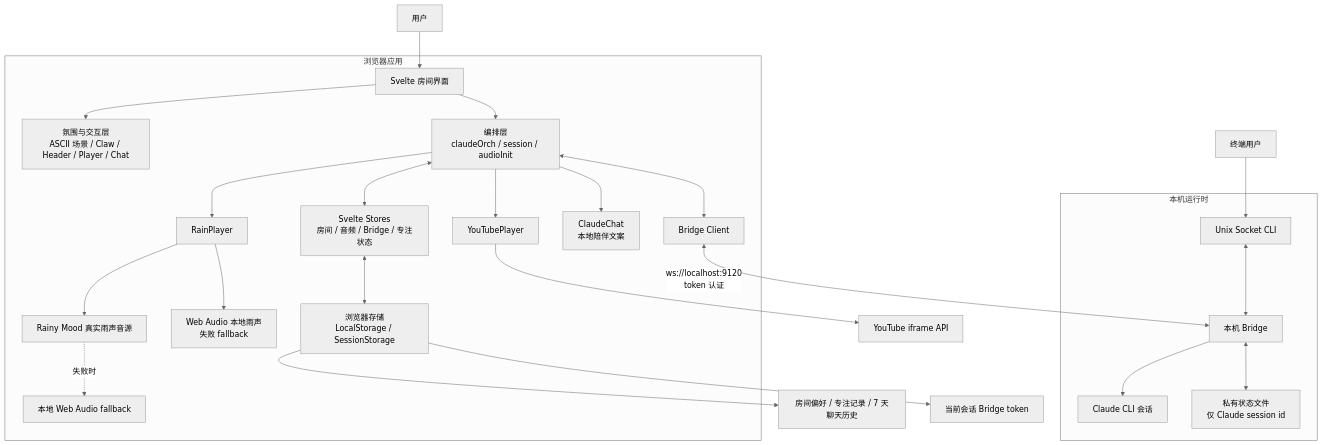
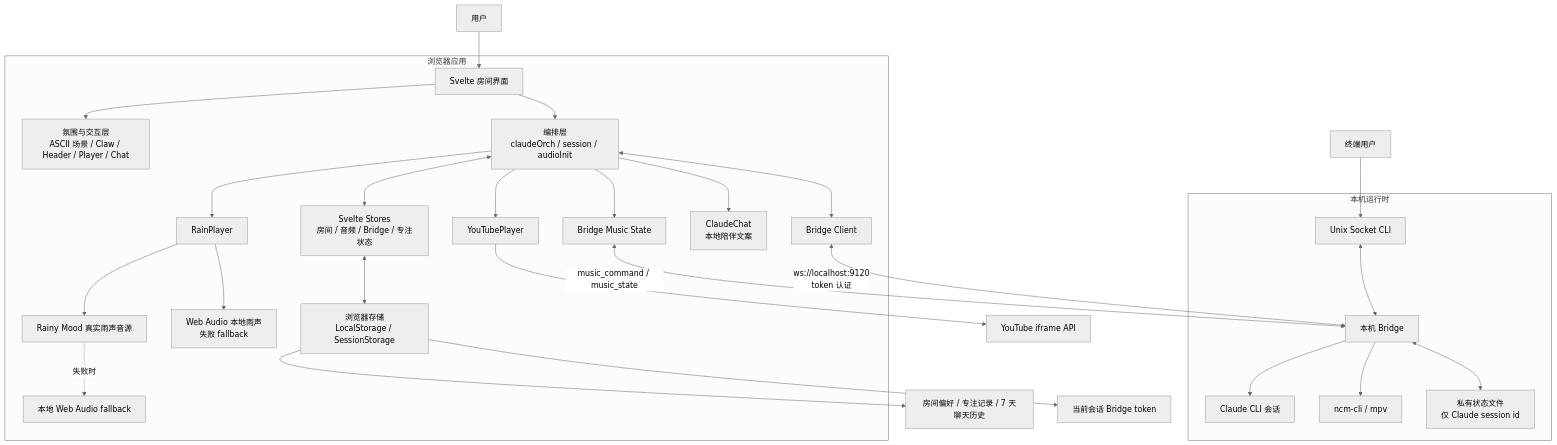
The diagram in docs/ARCHITECTURE.md (Eliotcute/loficlaude), drawn with Mermaid (neutral theme) before and after one commit. The commit also changed 9 other files, not shown here.

Commit message:
feat: integrate local netease music bridge

````diff
--- a/docs/ARCHITECTURE.md
+++ b/docs/ARCHITECTURE.md
@@ -3,33 +3,36 @@
 ```mermaid
 flowchart TB
     User["用户"] --> Room["Svelte 房间界面"]
     Terminal["终端用户"] --> Socket["Unix Socket CLI"]
 
     subgraph Browser["浏览器应用"]
         Room --> View["氛围与交互层<br/>ASCII 场景 / Claw / Header / Player / Chat"]
         Room --> Orch["编排层<br/>claudeOrch / session / audioInit"]
         Orch <--> Stores["Svelte Stores<br/>房间 / 音频 / Bridge / 专注状态"]
         Stores <--> Persist["浏览器存储<br/>LocalStorage / SessionStorage"]
 
         Orch --> Music["YouTubePlayer"]
+        Orch --> LocalMusic["Bridge Music State"]
         Orch --> Rain["RainPlayer"]
         Rain --> LocalRain["Web Audio 本地雨声<br/>失败 fallback"]
         Rain --> RemoteRain["Rainy Mood 真实雨声音源"]
         RemoteRain -. "失败时" .-> Fallback["本地 Web Audio fallback"]
 
         Orch --> Companion["ClaudeChat<br/>本地陪伴文案"]
         Orch <--> Client["Bridge Client"]
     end
 
     Music --> YouTube["YouTube iframe API"]
+    LocalMusic <-->|"music_command / music_state"| Bridge
     Client <-->|"ws://localhost:9120<br/>token 认证"| Bridge["本机 Bridge"]
 
     subgraph LocalRuntime["本机运行时"]
         Bridge --> ClaudeSession["Claude CLI 会话"]
+        Bridge --> Netease["ncm-cli / mpv"]
         Bridge <--> SessionState["私有状态文件<br/>仅 Claude session id"]
         Socket <--> Bridge
     end
 
     Persist --> LocalData["房间偏好 / 专注记录 / 7 天聊天历史"]
     Persist --> SessionToken["当前会话 Bridge token"]
 ```
````
